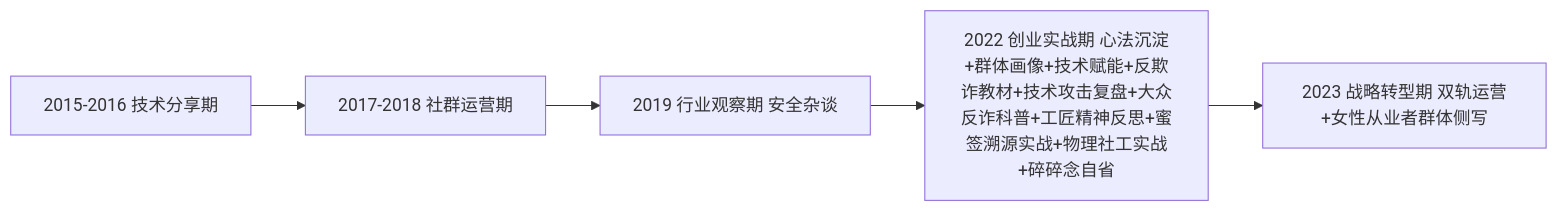
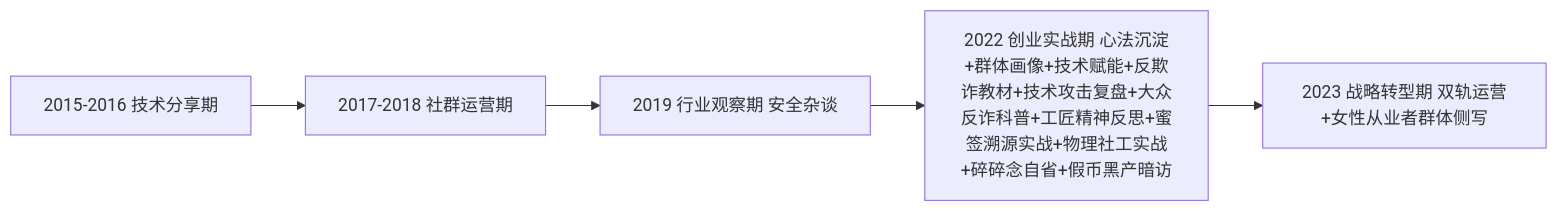
One commit to OpenDocCN1/sec-llm-wiki changed the diagram in pages/301-zai-lushang-wechat-archive-201508-202208.md. Above: the diagram before and after it, drawn with Mermaid. The commit also changed other lines of this file and 4 other files, not shown here.

````diff
--- a/pages/301-zai-lushang-wechat-archive-201508-202208.md
+++ b/pages/301-zai-lushang-wechat-archive-201508-202208.md
@@ -517,7 +547,7 @@
 ```mermaid
 graph LR
 A[2015-2016 技术分享期] --> B[2017-2018 社群运营期]
 B --> C[2019 行业观察期 安全杂谈]
-C --> D[2022 创业实战期 心法沉淀+群体画像+技术赋能+反欺诈教材+技术攻击复盘+大众反诈科普+工匠精神反思+蜜签溯源实战+物理社工实战+碎碎念自省]
+C --> D[2022 创业实战期 心法沉淀+群体画像+技术赋能+反欺诈教材+技术攻击复盘+大众反诈科普+工匠精神反思+蜜签溯源实战+物理社工实战+碎碎念自省+假币黑产暗访]
 D --> E[2023 战略转型期 双轨运营+女性从业者群体侧写]
 ```
````
